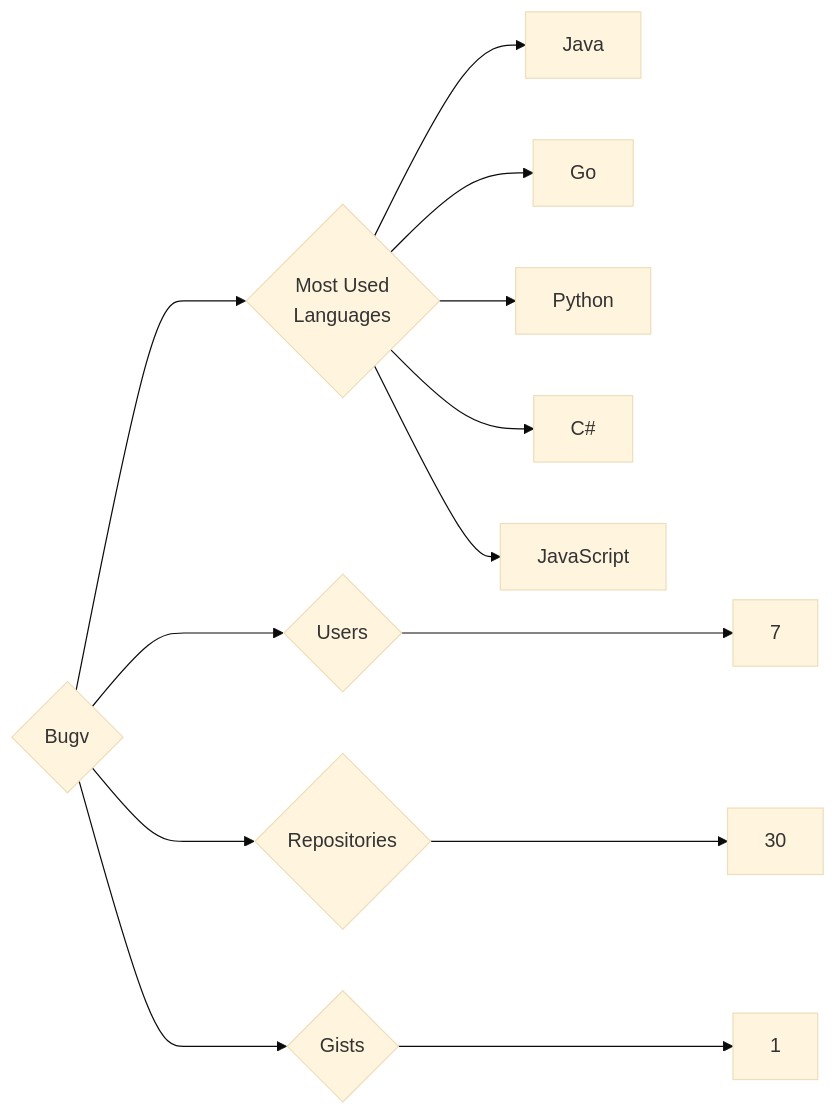
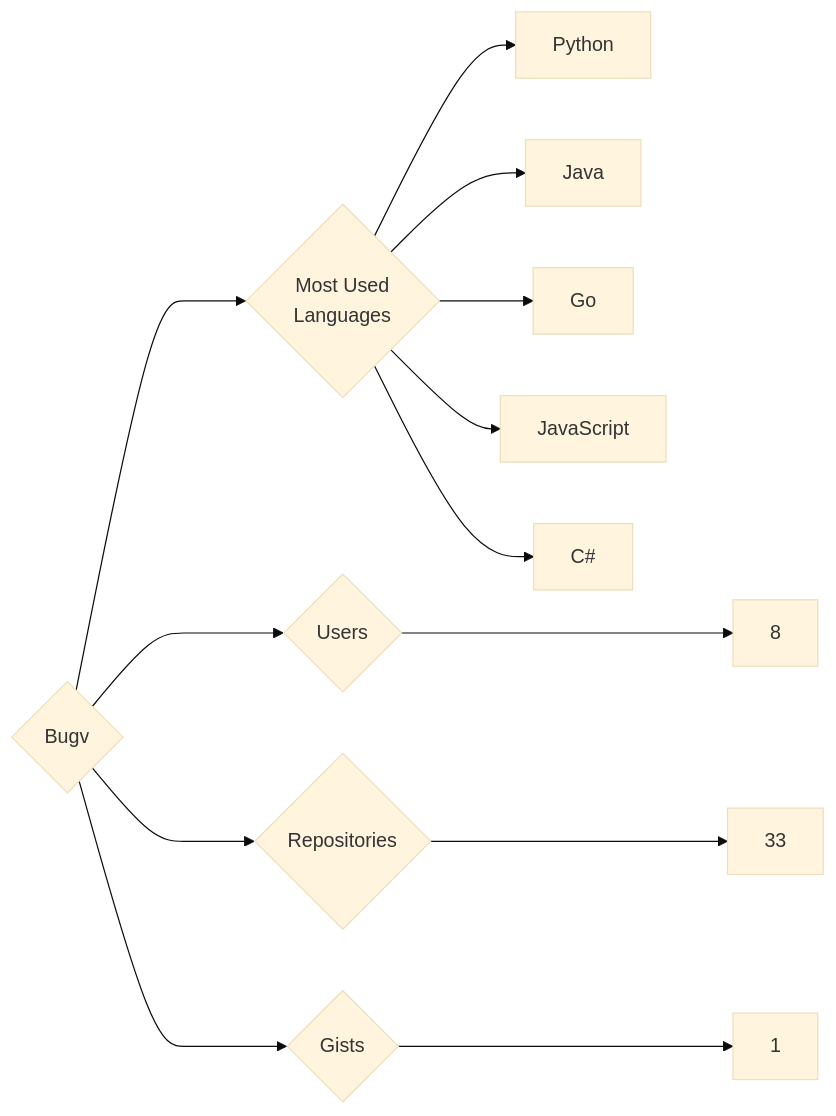
The diagram in targets/Bugv/README.md (trickest/insiders), drawn with Mermaid (base theme) before and after one commit. The commit also changed 873 other files, not shown here.

````diff
--- a/targets/Bugv/README.md
+++ b/targets/Bugv/README.md
@@ -3,13 +3,13 @@
 ```mermaid
 graph LR
 COMPANY_NAME{Bugv}
-COMPANY_NAME ---> U{Users} ---> UN[7]
-COMPANY_NAME ---> R{Repositories} ---> RN[30]
+COMPANY_NAME ---> U{Users} ---> UN[8]
+COMPANY_NAME ---> R{Repositories} ---> RN[33]
 COMPANY_NAME ---> G{Gists} ---> GN[1]
 COMPANY_NAME ---> ML{Most Used<br>Languages}
+ML --> Python[Python]
 ML --> Java[Java]
 ML --> Go[Go]
-ML --> Python[Python]
+ML --> JavaScript[JavaScript]
 ML --> C#[C#]
-ML --> JavaScript[JavaScript]
 ```
````
